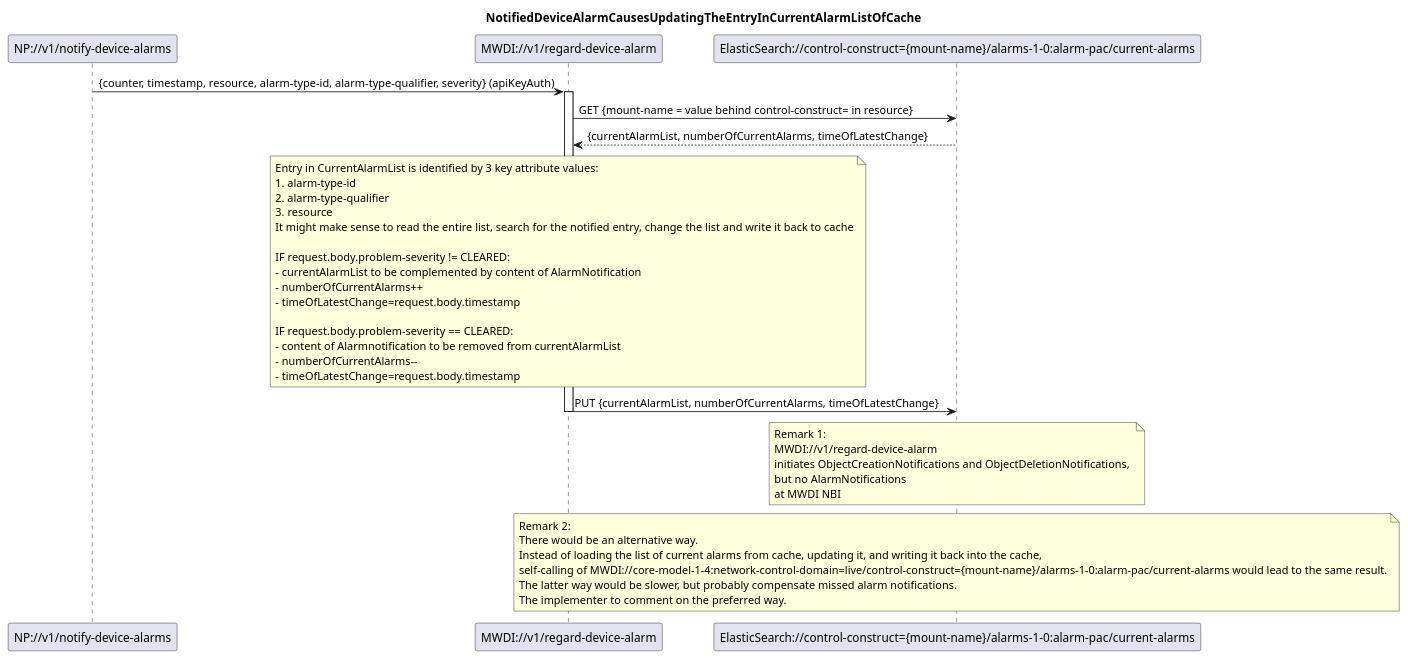
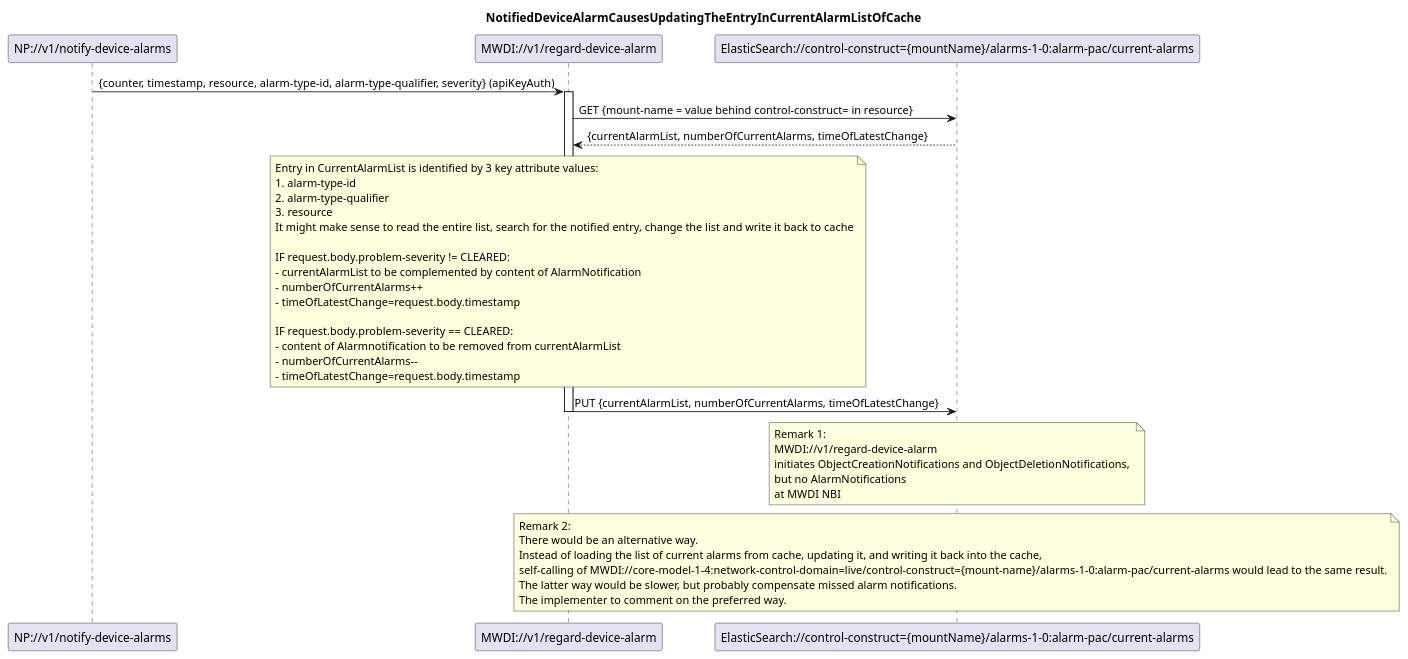
The diagram in spec/diagrams/022_NotificationBasedAlarmListUpdate.plantuml (openBackhaul/MicroWaveDeviceInventory), drawn with PlantUML before and after one commit. The commit also changed 11 other files, not shown here.

First line of the commit message:
Replace parameter mount-name by mountName

```diff
--- a/spec/diagrams/022_NotificationBasedAlarmListUpdate.plantuml
+++ b/spec/diagrams/022_NotificationBasedAlarmListUpdate.plantuml
@@ -1,55 +1,55 @@
 @startuml 022_NotificationBasedAlarmListUpdate
 
 skinparam responseMessageBelowArrow true
 
 title NotifiedDeviceAlarmCausesUpdatingTheEntryInCurrentAlarmListOfCache
 
 participant "NP://v1/notify-device-alarms" as subscription
 participant "MWDI://v1/regard-device-alarm" as regardAlarm
-participant "ElasticSearch://control-construct={mount-name}/alarms-1-0:alarm-pac/current-alarms" as CurrentAlarms
+participant "ElasticSearch://control-construct={mountName}/alarms-1-0:alarm-pac/current-alarms" as CurrentAlarms
 
 subscription -> regardAlarm: {counter, timestamp, resource, alarm-type-id, alarm-type-qualifier, severity} (apiKeyAuth)
 activate regardAlarm
 
 regardAlarm -> CurrentAlarms: GET {mount-name = value behind control-construct= in resource}
 CurrentAlarms --> regardAlarm: {currentAlarmList, numberOfCurrentAlarms, timeOfLatestChange}
 
 note over regardAlarm
 Entry in CurrentAlarmList is identified by 3 key attribute values:
 1. alarm-type-id
 2. alarm-type-qualifier
 3. resource
 It might make sense to read the entire list, search for the notified entry, change the list and write it back to cache
 
 IF request.body.problem-severity != CLEARED:
 - currentAlarmList to be complemented by content of AlarmNotification
 - numberOfCurrentAlarms++
 - timeOfLatestChange=request.body.timestamp
 
 IF request.body.problem-severity == CLEARED:
 - content of Alarmnotification to be removed from currentAlarmList
 - numberOfCurrentAlarms--
 - timeOfLatestChange=request.body.timestamp
 end note
 
 regardAlarm -> CurrentAlarms: PUT {currentAlarmList, numberOfCurrentAlarms, timeOfLatestChange}
 deactivate regardAlarm
 
 note over CurrentAlarms
 Remark 1: 
 MWDI://v1/regard-device-alarm 
 initiates ObjectCreationNotifications and ObjectDeletionNotifications, 
 but no AlarmNotifications 
 at MWDI NBI
 end note
 
 note over CurrentAlarms
 Remark 2: 
 There would be an alternative way.
 Instead of loading the list of current alarms from cache, updating it, and writing it back into the cache,
 self-calling of MWDI://core-model-1-4:network-control-domain=live/control-construct={mount-name}/alarms-1-0:alarm-pac/current-alarms would lead to the same result.
 The latter way would be slower, but probably compensate missed alarm notifications.
 The implementer to comment on the preferred way.
 end note
 
 @enduml
```
